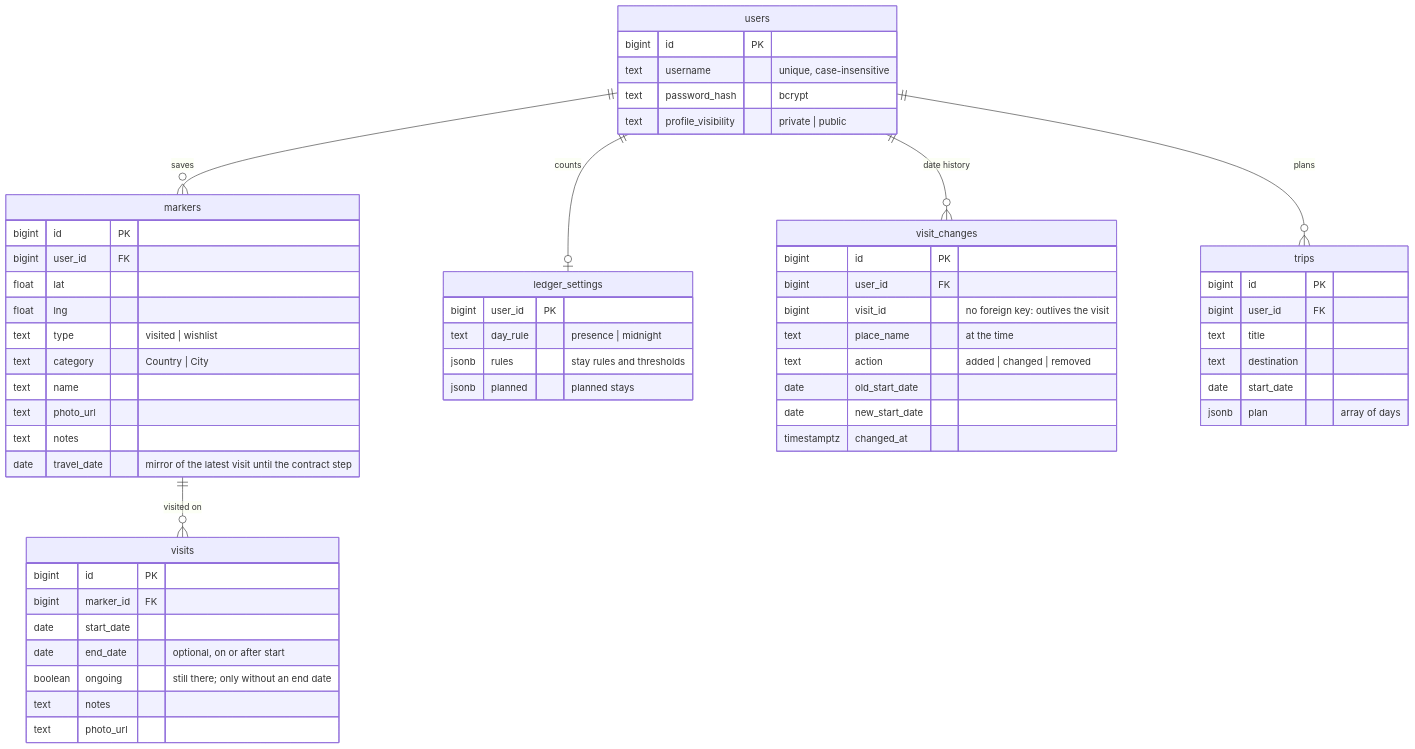
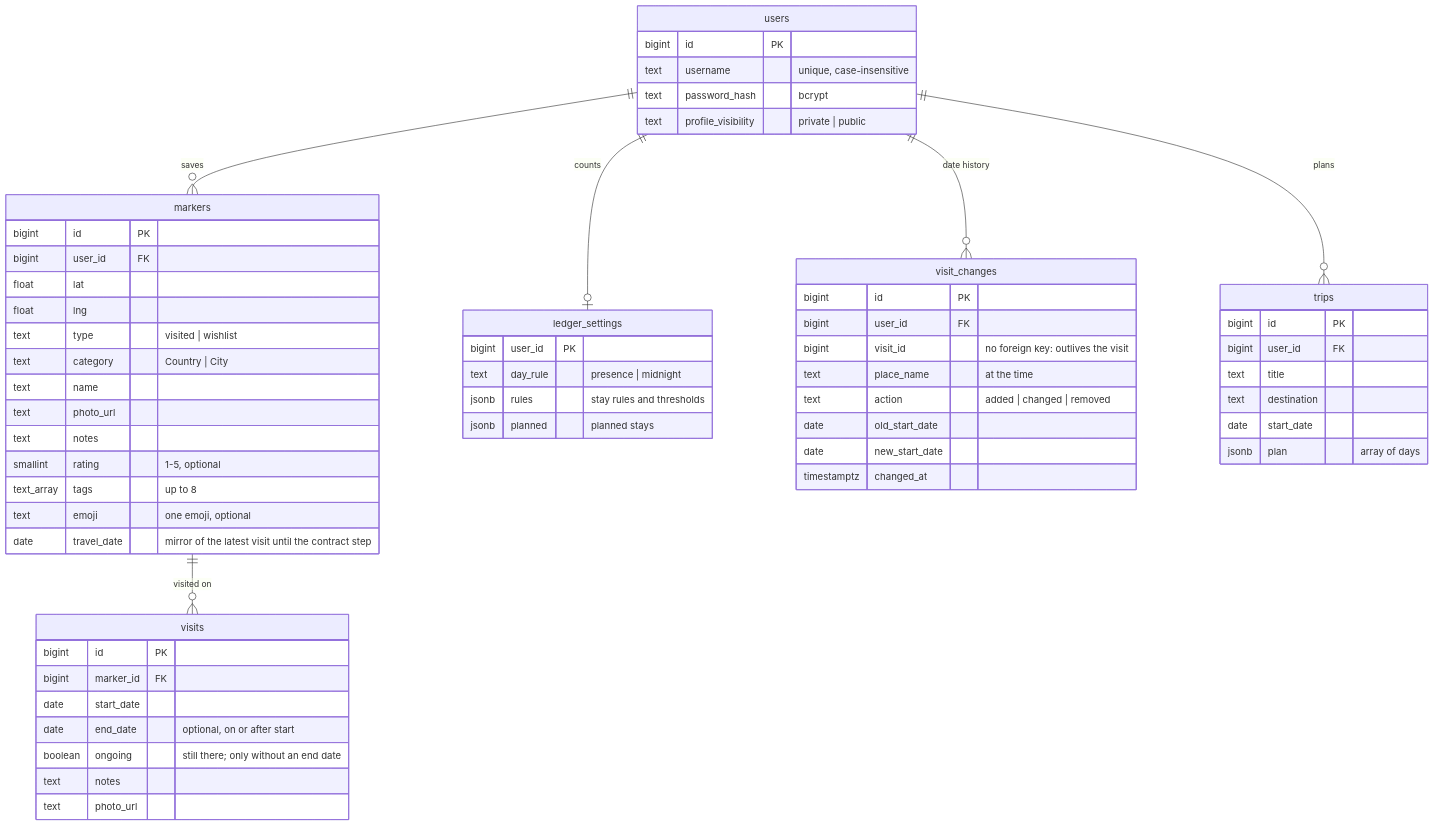
Before and after one commit to chefzaid/travelmapster: the diagram in docs/data-model.md, drawn with Mermaid. The commit also changed other lines of this file and 23 other files, not shown here.

````diff
--- a/docs/data-model.md
+++ b/docs/data-model.md
@@ -8,59 +8,62 @@
 ```mermaid
 erDiagram
     users ||--o{ markers : saves
     markers ||--o{ visits : "visited on"
     users ||--o| ledger_settings : counts
     users ||--o{ visit_changes : "date history"
     users ||--o{ trips : plans
     users {
         bigint id PK
         text username "unique, case-insensitive"
         text password_hash "bcrypt"
         text profile_visibility "private | public"
     }
     markers {
         bigint id PK
         bigint user_id FK
         float lat
         float lng
         text type "visited | wishlist"
         text category "Country | City"
         text name
         text photo_url
         text notes
+        smallint rating "1-5, optional"
+        text_array tags "up to 8"
+        text emoji "one emoji, optional"
         date travel_date "mirror of the latest visit until the contract step"
     }
     visits {
         bigint id PK
         bigint marker_id FK
         date start_date
         date end_date "optional, on or after start"
         boolean ongoing "still there; only without an end date"
         text notes
         text photo_url
     }
     ledger_settings {
         bigint user_id PK
         text day_rule "presence | midnight"
         jsonb rules "stay rules and thresholds"
         jsonb planned "planned stays"
     }
     visit_changes {
         bigint id PK
         bigint user_id FK
         bigint visit_id "no foreign key: outlives the visit"
         text place_name "at the time"
         text action "added | changed | removed"
         date old_start_date
         date new_start_date
         timestamptz changed_at
     }
     trips {
         bigint id PK
         bigint user_id FK
         text title
         text destination
         date start_date
         jsonb plan "array of days"
     }
 ```
````
